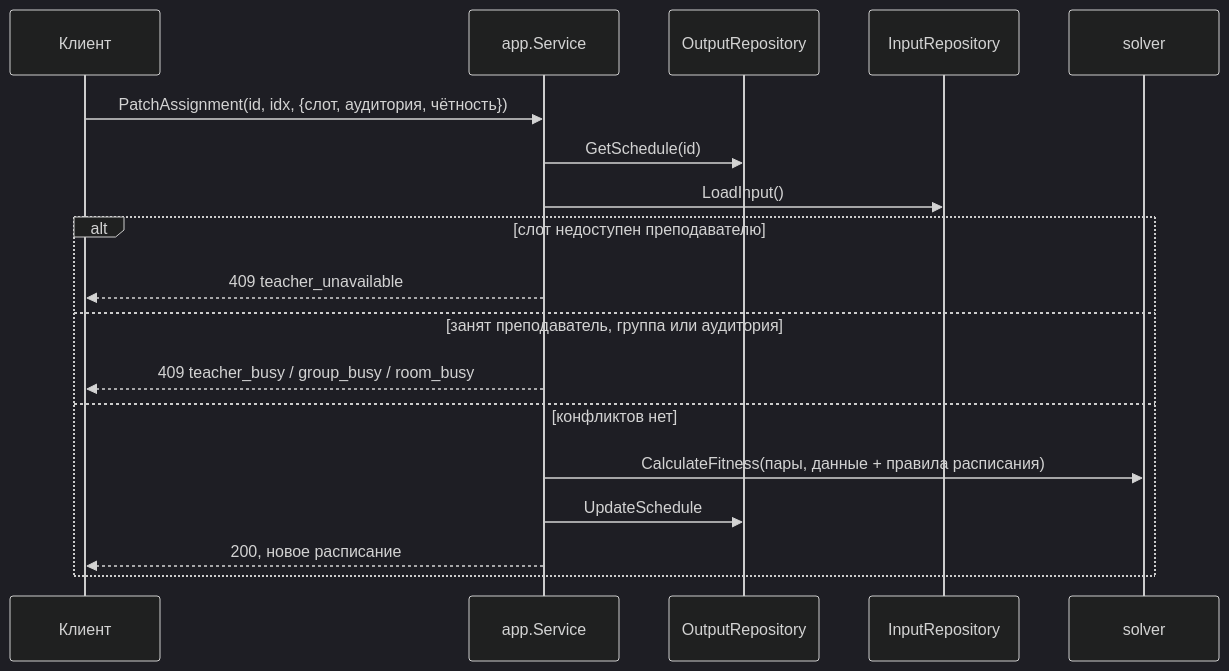
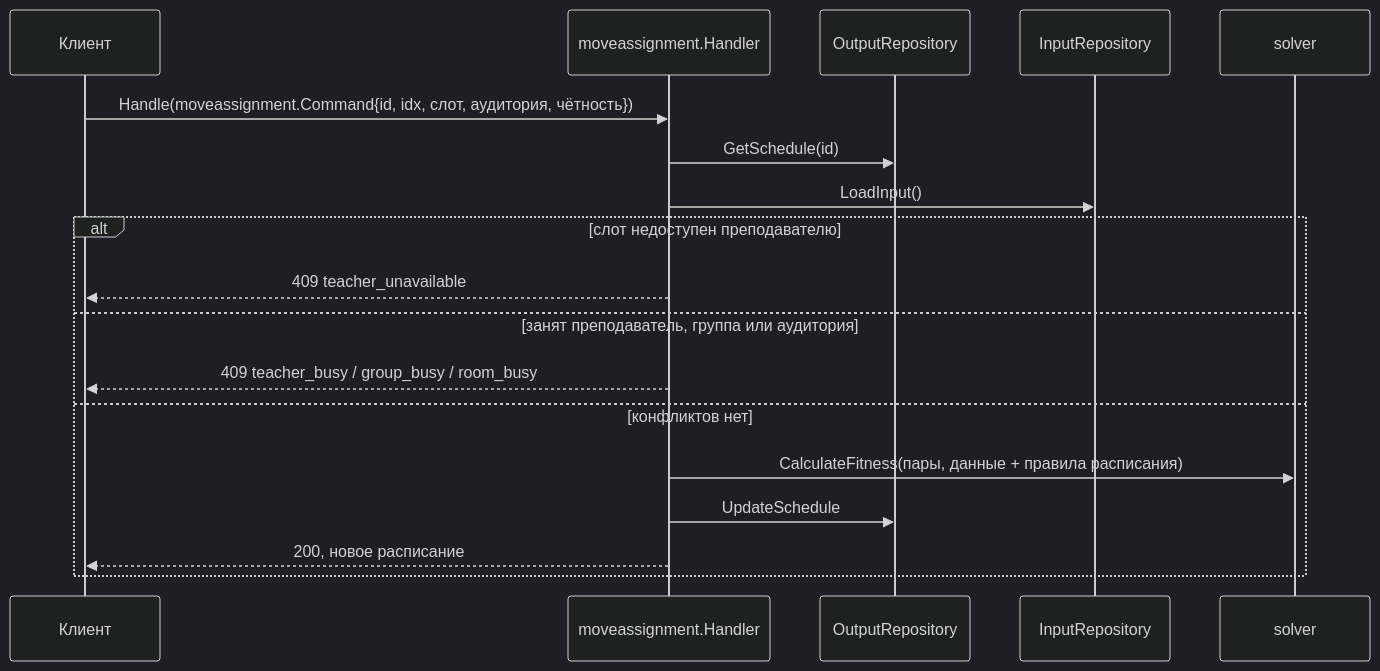
Before and after one commit to KolManis/uni-scheduler: the fourth of 6 diagrams in docs/spec/06-diagrams.md, drawn with Mermaid (dark theme). The commit also changed other lines of this file and 53 other files, not shown here.

````diff
--- a/docs/spec/06-diagrams.md
+++ b/docs/spec/06-diagrams.md
@@ -94,21 +94,21 @@
 ```mermaid
 sequenceDiagram
   participant C as Клиент
-  participant S as app.Service
+  participant S as moveassignment.Handler
   participant OR as OutputRepository
   participant IR as InputRepository
   participant SL as solver
 
-  C->>S: PatchAssignment(id, idx, {слот, аудитория, чётность})
+  C->>S: Handle(moveassignment.Command{id, idx, слот, аудитория, чётность})
   S->>OR: GetSchedule(id)
   S->>IR: LoadInput()
   alt слот недоступен преподавателю
     S-->>C: 409 teacher_unavailable
   else занят преподаватель, группа или аудитория
     S-->>C: 409 teacher_busy / group_busy / room_busy
   else конфликтов нет
     S->>SL: CalculateFitness(пары, данные + правила расписания)
     S->>OR: UpdateSchedule
     S-->>C: 200, новое расписание
   end
 ```
````
